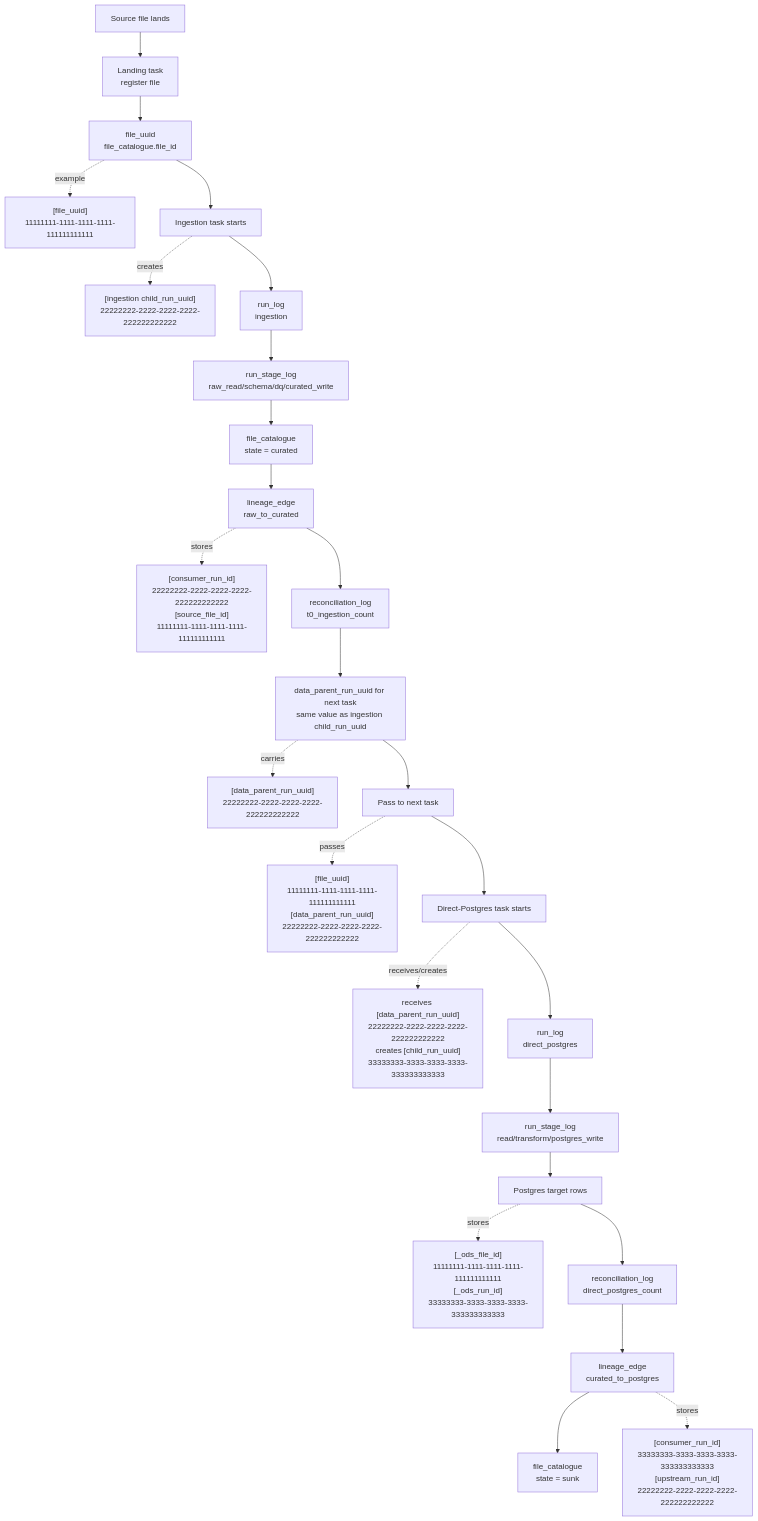
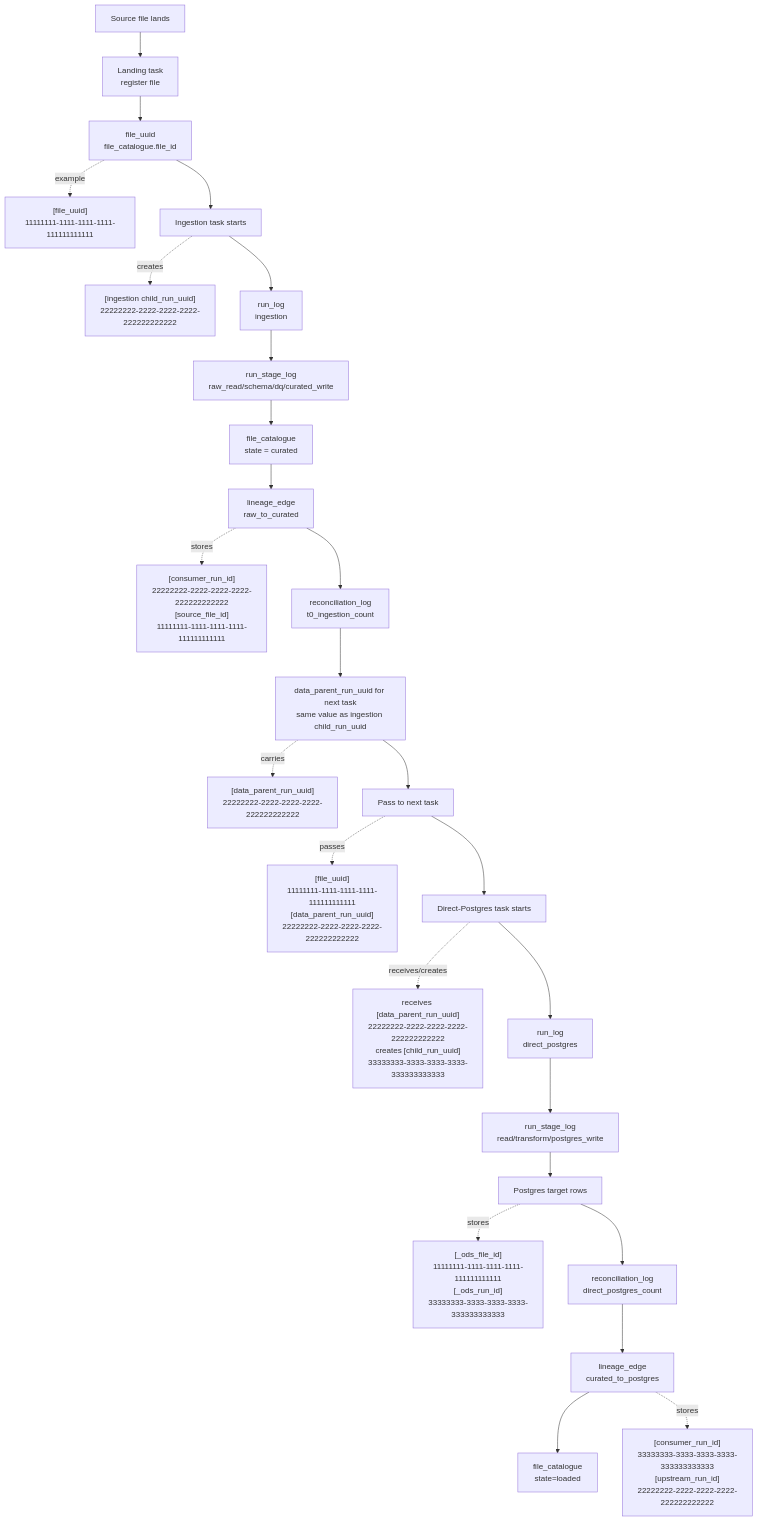
One commit to holdersav20001/ods changed the first of 2 diagrams in docs/dev-guides/direct-postgres-control-table-quickstart.md. Above: the diagram before and after it, drawn with Mermaid. The commit also changed other lines of this file and 63 other files, not shown here.

````diff
--- a/docs/dev-guides/direct-postgres-control-table-quickstart.md
+++ b/docs/dev-guides/direct-postgres-control-table-quickstart.md
@@ -542,45 +542,45 @@
 ```mermaid
 flowchart TD
     A["Source file lands"]
     B["Landing task\nregister file"]
     C["file_uuid\nfile_catalogue.file_id"]
     C_ID["[file_uuid]\n11111111-1111-1111-1111-111111111111"]
 
     D["Ingestion task starts"]
     D_ID["[ingestion child_run_uuid]\n22222222-2222-2222-2222-222222222222"]
     E["run_log\ningestion"]
     F["run_stage_log\nraw_read/schema/dq/curated_write"]
     G["file_catalogue\nstate = curated"]
     H["lineage_edge\nraw_to_curated"]
     H_ID["[consumer_run_id]\n22222222-2222-2222-2222-222222222222\n[source_file_id]\n11111111-1111-1111-1111-111111111111"]
     I["reconciliation_log\nt0_ingestion_count"]
 
     PR["data_parent_run_uuid for next task\nsame value as ingestion child_run_uuid"]
     PR_ID["[data_parent_run_uuid]\n22222222-2222-2222-2222-222222222222"]
     J["Pass to next task"]
     J_ID["[file_uuid]\n11111111-1111-1111-1111-111111111111\n[data_parent_run_uuid]\n22222222-2222-2222-2222-222222222222"]
     K["Direct-Postgres task starts"]
     K_ID["receives [data_parent_run_uuid]\n22222222-2222-2222-2222-222222222222\ncreates [child_run_uuid]\n33333333-3333-3333-3333-333333333333"]
     L["run_log\ndirect_postgres"]
     M["run_stage_log\nread/transform/postgres_write"]
     N["Postgres target rows"]
     N_ID["[_ods_file_id]\n11111111-1111-1111-1111-111111111111\n[_ods_run_id]\n33333333-3333-3333-3333-333333333333"]
     O["reconciliation_log\ndirect_postgres_count"]
     P["lineage_edge\ncurated_to_postgres"]
     P_ID["[consumer_run_id]\n33333333-3333-3333-3333-333333333333\n[upstream_run_id]\n22222222-2222-2222-2222-222222222222"]
-    Q["file_catalogue\nstate = sunk"]
+    Q["file_catalogue\nstate=loaded"]
 
     A --> B --> C
     C --> D --> E --> F --> G --> H --> I
     I --> PR --> J
     J --> K --> L --> M --> N --> O --> P --> Q
 
     C -. example .-> C_ID
     D -. creates .-> D_ID
     H -. stores .-> H_ID
     PR -. carries .-> PR_ID
     J -. passes .-> J_ID
     K -. receives/creates .-> K_ID
     N -. stores .-> N_ID
     P -. stores .-> P_ID
 ```
````
